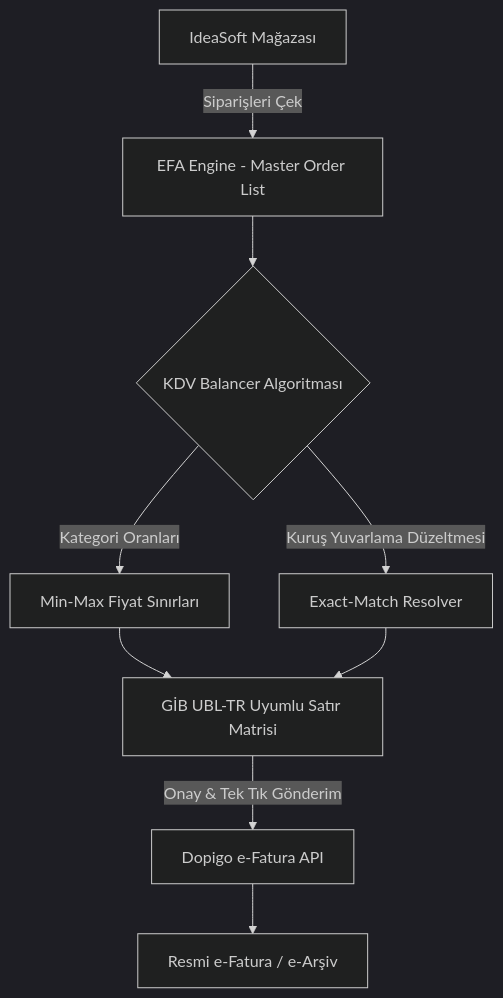
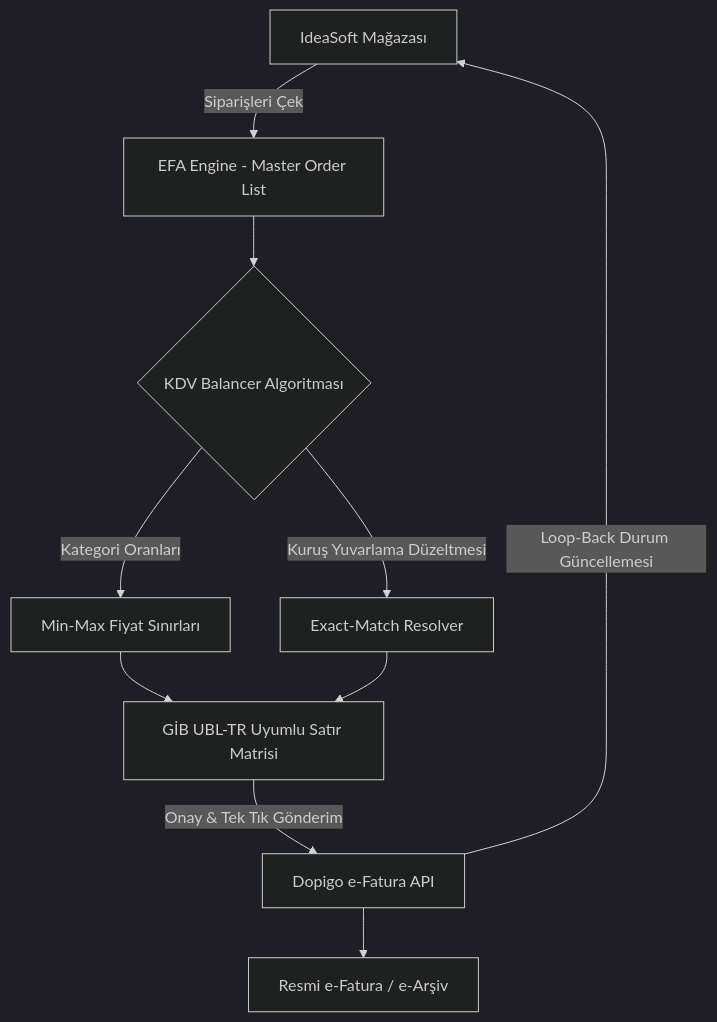
The first of 2 diagrams in README.md (mehmetaltundere/vat-invoice-balancer), drawn with Mermaid (dark theme) before and after one commit. The commit also changed other lines of this file, not shown here.

````diff
--- a/README.md
+++ b/README.md
@@ -55,11 +66,12 @@
 ```mermaid
 graph TD
     A[IdeaSoft Mağazası] -->|Siparişleri Çek| B[EFA Engine - Master Order List]
     B --> C{KDV Balancer Algoritması}
     C -->|Kategori Oranları| D[Min-Max Fiyat Sınırları]
     C -->|Kuruş Yuvarlama Düzeltmesi| E[Exact-Match Resolver]
     D --> F[GİB UBL-TR Uyumlu Satır Matrisi]
     E --> F
     F -->|Onay & Tek Tık Gönderim| G[Dopigo e-Fatura API]
     G --> H[Resmi e-Fatura / e-Arşiv]
+    G -->|Loop-Back Durum Güncellemesi| A
 ```
````
